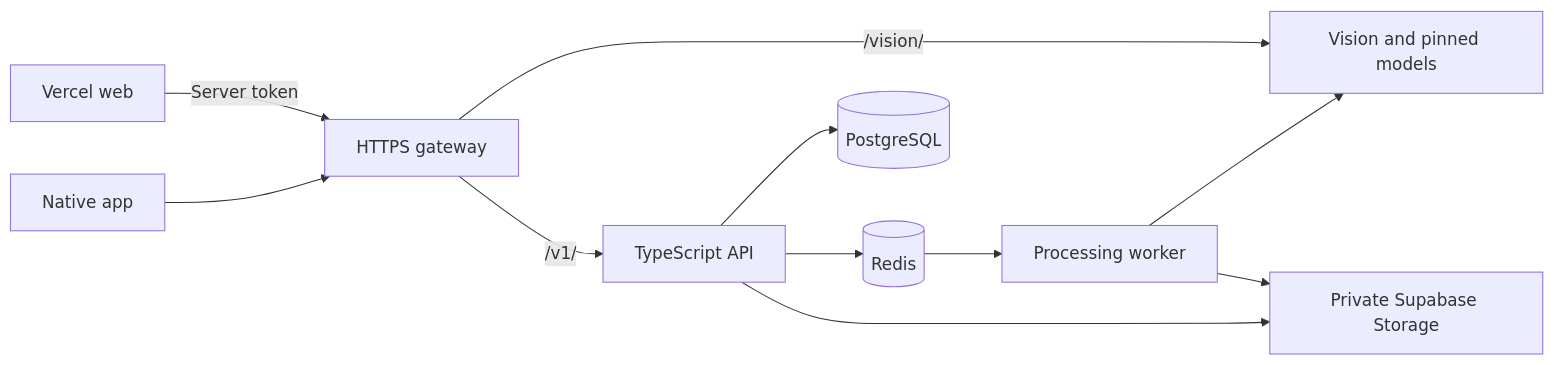
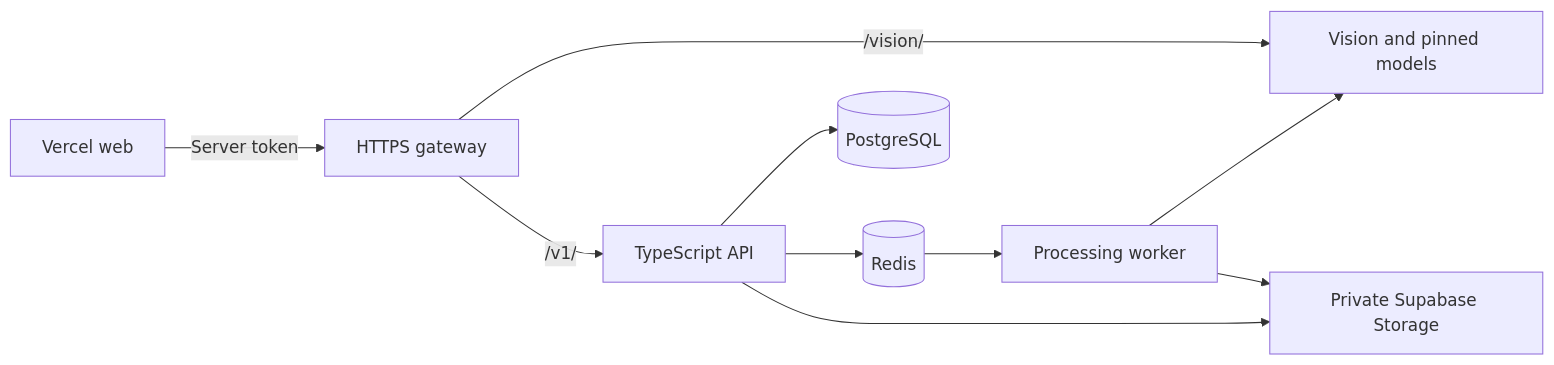
Before and after one commit to ArpitKrSingh7/auraSpace: the diagram in DEPLOYMENT.md, drawn with Mermaid. The commit also changed other lines of this file and 137 other files, not shown here.

````diff
--- a/DEPLOYMENT.md
+++ b/DEPLOYMENT.md
@@ -85,13 +85,12 @@
 ```mermaid
 flowchart LR
   Web[Vercel web] -->|Server token| Gateway[HTTPS gateway]
-  Native[Native app] --> Gateway
   Gateway -->|/vision/| Vision[Vision and pinned models]
   Gateway -->|/v1/| API[TypeScript API]
   API --> DB[(PostgreSQL)]
   API --> Queue[(Redis)]
   Queue --> Worker[Processing worker]
   Worker --> Vision
   API --> Storage[Private Supabase Storage]
   Worker --> Storage
 ```
````
